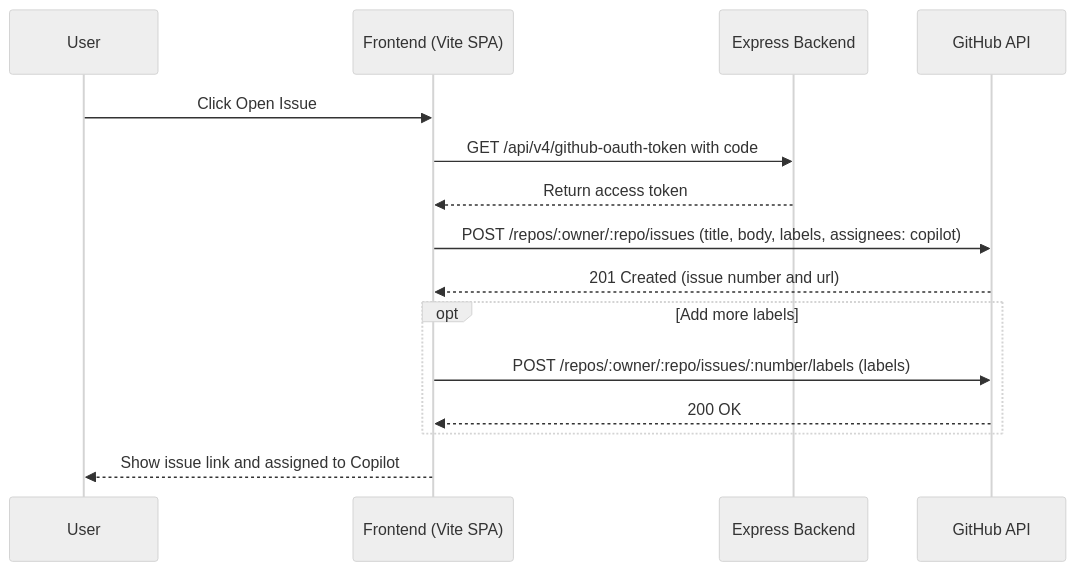
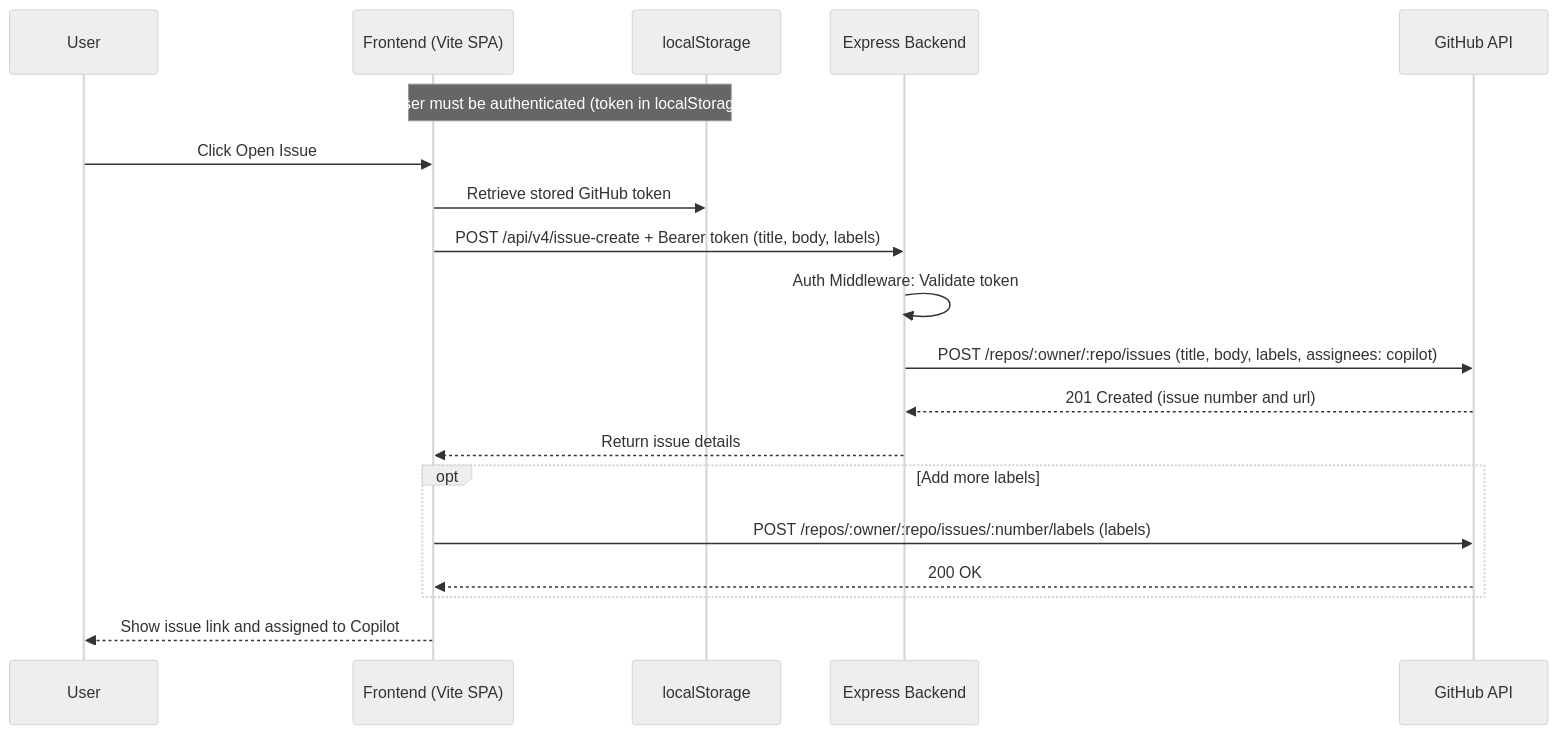
Before and after one commit to Template-Doctor/template-doctor: the fourth of 5 diagrams in docs/development/architecture.md, drawn with Mermaid (neutral theme). The commit also changed other lines of this file and 5 other files, not shown here.

````diff
--- a/docs/development/architecture.md
+++ b/docs/development/architecture.md
@@ -106,18 +192,23 @@
 ```mermaid
 sequenceDiagram
     participant U as User
     participant FE as Frontend (Vite SPA)
+    participant LS as localStorage
     participant EX as Express Backend
     participant GH as GitHub API
 
+    Note over FE,LS: User must be authenticated (token in localStorage)
+
     U->>FE: Click Open Issue
-    FE->>EX: GET /api/v4/github-oauth-token with code
-    EX-->>FE: Return access token
-    FE->>GH: POST /repos/:owner/:repo/issues (title, body, labels, assignees: copilot)
-    GH-->>FE: 201 Created (issue number and url)
+    FE->>LS: Retrieve stored GitHub token
+    FE->>EX: POST /api/v4/issue-create + Bearer token (title, body, labels)
+    EX->>EX: Auth Middleware: Validate token
+    EX->>GH: POST /repos/:owner/:repo/issues (title, body, labels, assignees: copilot)
+    GH-->>EX: 201 Created (issue number and url)
+    EX-->>FE: Return issue details
     opt Add more labels
         FE->>GH: POST /repos/:owner/:repo/issues/:number/labels (labels)
         GH-->>FE: 200 OK
     end
     FE-->>U: Show issue link and assigned to Copilot
 ```
````
